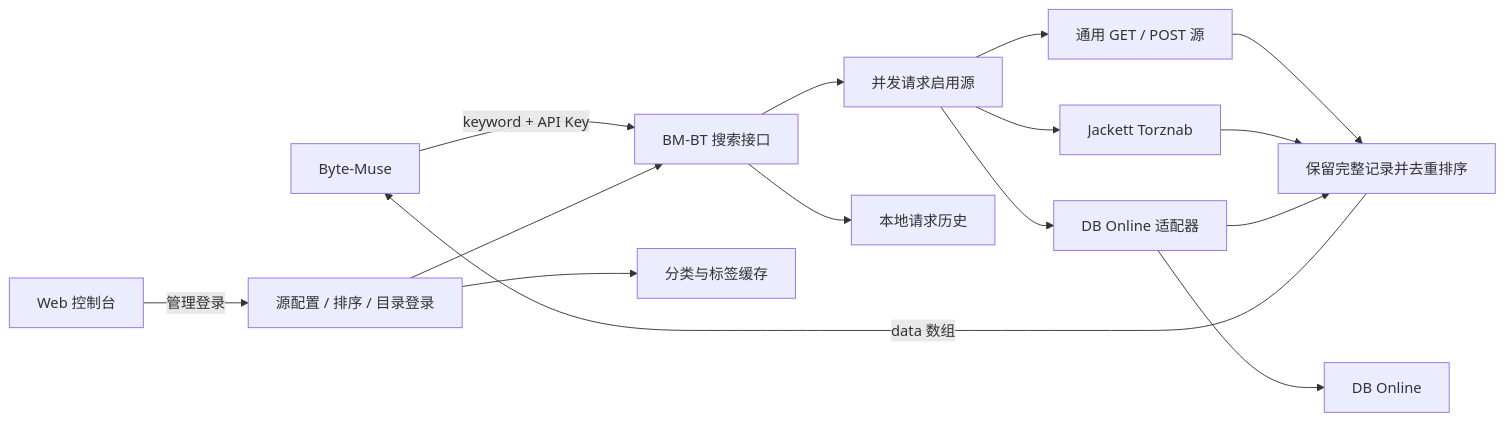
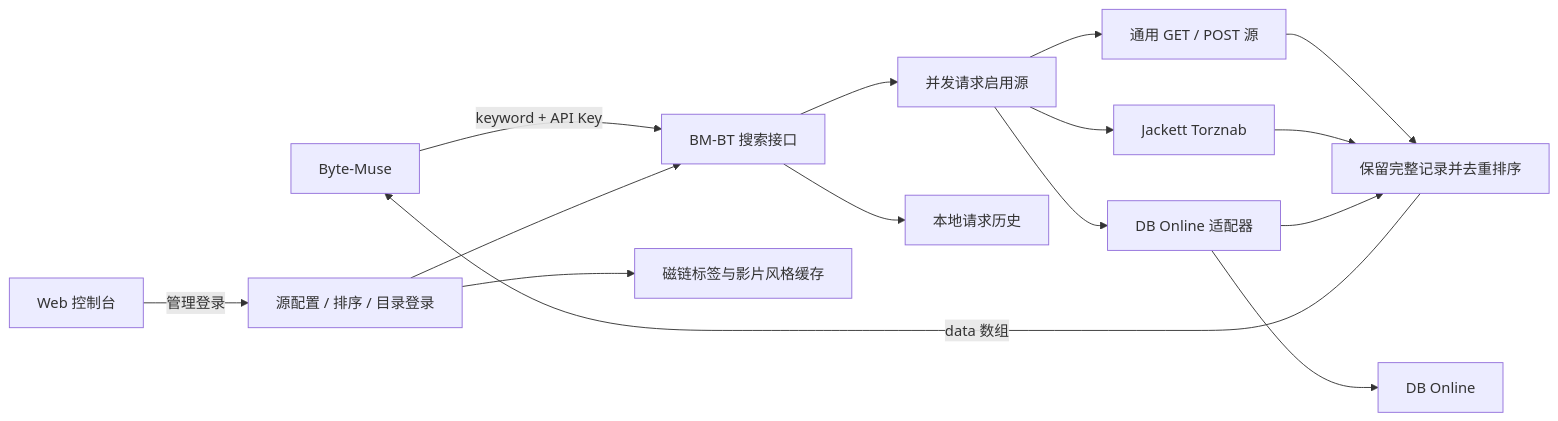
Before and after one commit to violin321/bm-bt-proxy: the diagram in docs/OVERVIEW.md, drawn with Mermaid. The commit also changed other lines of this file and 19 other files, not shown here.

````diff
--- a/docs/OVERVIEW.md
+++ b/docs/OVERVIEW.md
@@ -7,17 +7,17 @@
 ```mermaid
 flowchart LR
     BM[Byte-Muse] -->|keyword + API Key| API[BM-BT 搜索接口]
     API --> Fetch[并发请求启用源]
     Fetch --> HTTP[通用 GET / POST 源]
     Fetch --> Jackett[Jackett Torznab]
     Fetch --> Adapter[DB Online 适配器]
     Adapter --> DB[DB Online]
     HTTP --> Merge[保留完整记录并去重排序]
     Jackett --> Merge
     Adapter --> Merge
     Merge -->|data 数组| BM
     UI[Web 控制台] -->|管理登录| Config[源配置 / 排序 / 目录登录]
     Config --> API
     API --> History[本地请求历史]
-    Config --> Catalog[分类与标签缓存]
+    Config --> Catalog[磁链标签与影片风格缓存]
 ```
````
